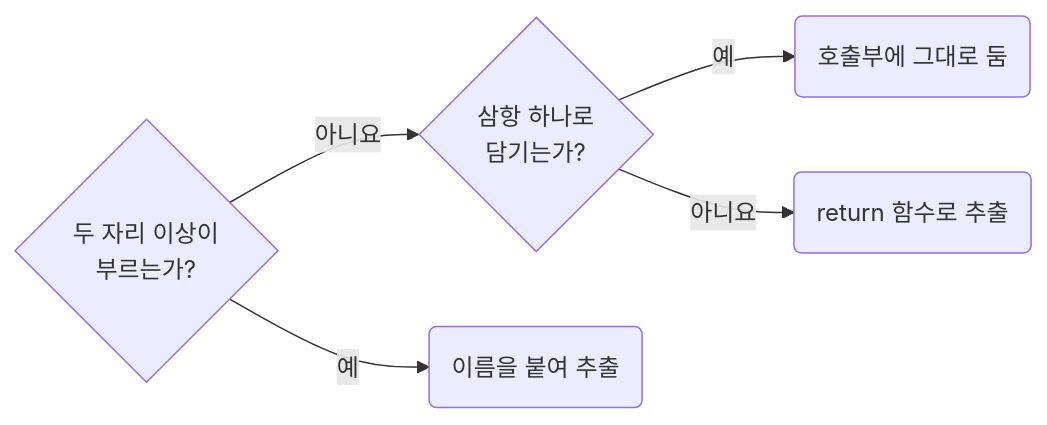
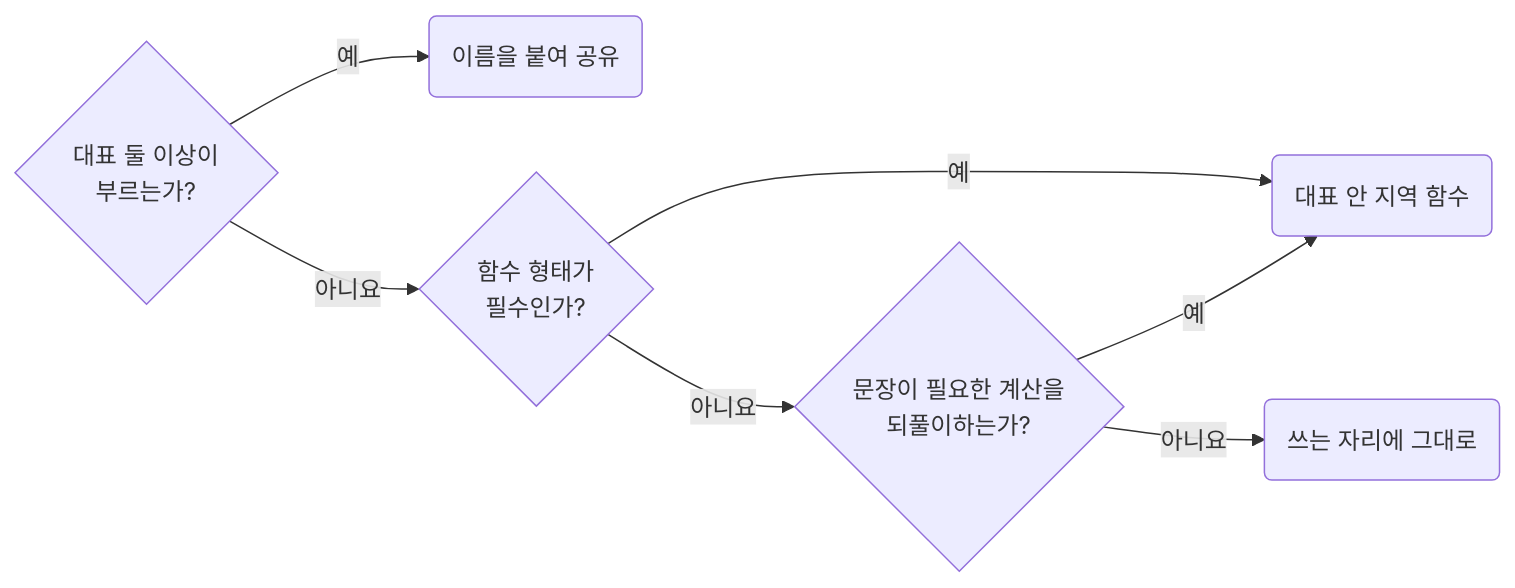
The diagram in skill/typescript/rules/03-03-functions-extract-helpers-only-when-the-boundary-is-real.md (nomeehej/agent-conventions), drawn with Mermaid before and after one commit. The commit also changed other lines of this file and 44 other files, not shown here.

````diff
--- a/skill/typescript/rules/03-03-functions-extract-helpers-only-when-the-boundary-is-real.md
+++ b/skill/typescript/rules/03-03-functions-extract-helpers-only-when-the-boundary-is-real.md
@@ -24,6 +25,7 @@
 ```mermaid
 flowchart LR
-	q1{"두 자리 이상이<br>부르는가?"} -- 아니요 --> q2{"삼항 하나로<br>담기는가?"} -- 예 --> r3("호출부에 그대로 둠")
-	q1 -- 예 --> r1("이름을 붙여 추출")
-	q2 -- 아니요 --> r2("return 함수로 추출")
+	q1{"대표 둘 이상이<br>부르는가?"} -- 예 --> r1("이름을 붙여 공유")
+	q1 -- 아니요 --> q2{"함수 형태가<br>필수인가?"} -- 예 --> r2("대표 안 지역 함수")
+	q2 -- 아니요 --> q3{"문장이 필요한 계산을<br>되풀이하는가?"} -- 예 --> r2
+	q3 -- 아니요 --> r3("쓰는 자리에 그대로")
 ```
````
